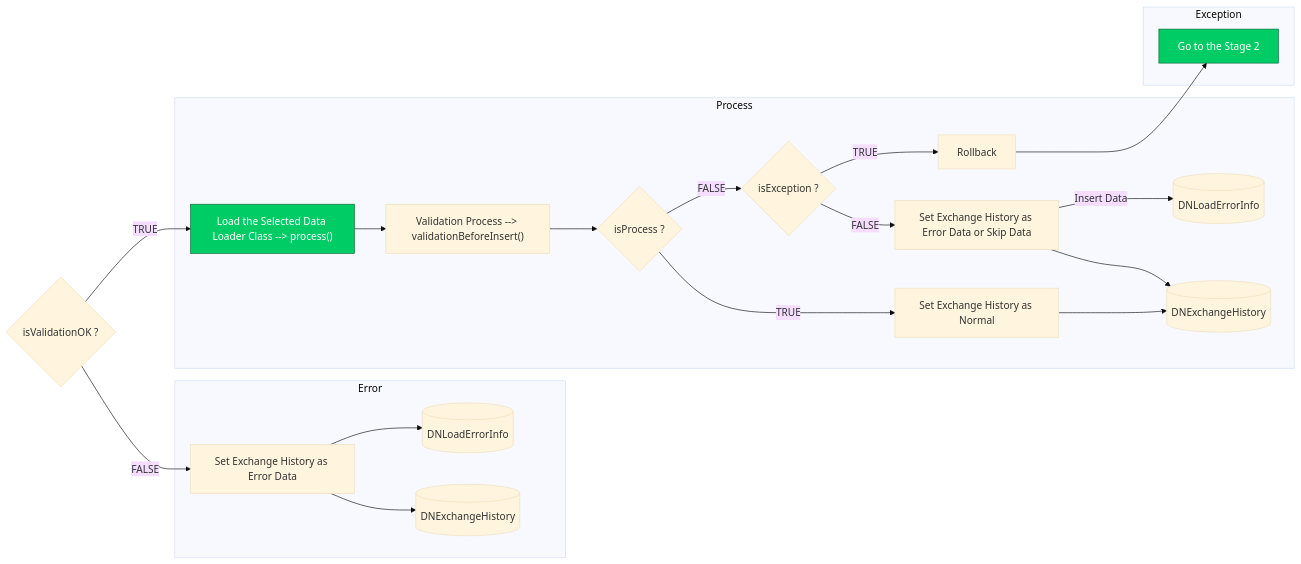
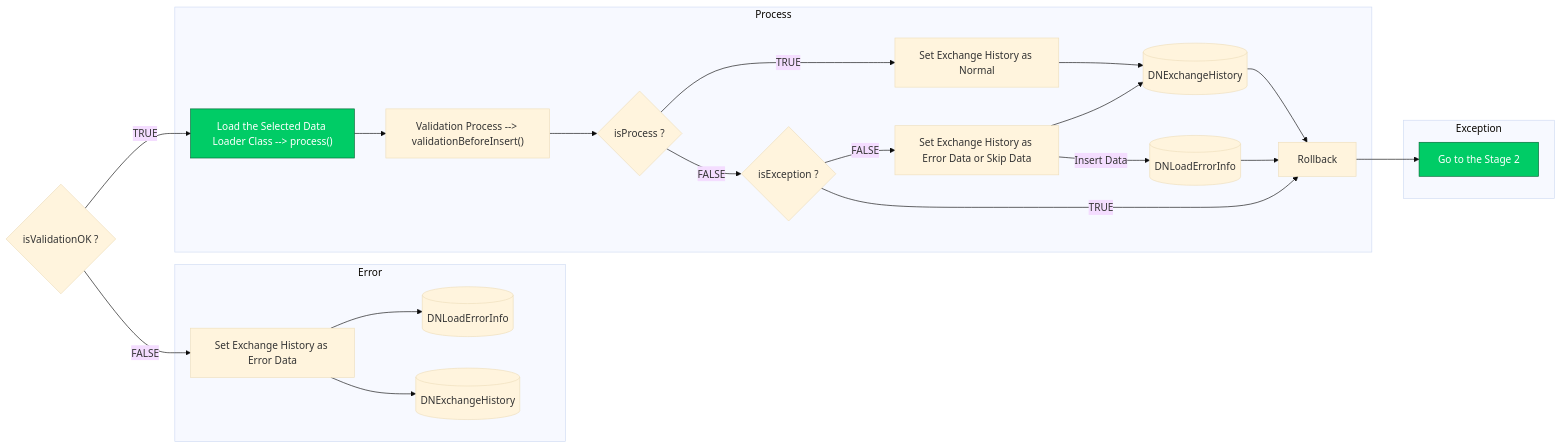
One commit to luthfiadityaa/SimeDarby-Wiki changed the ninth of 9 diagrams in Basic-Design/Host-Interfaces.md. Above: the diagram before and after it, drawn with Mermaid (base theme).

Commit message:
Updated Host Interfaces

```diff
--- a/Basic-Design/Host-Interfaces.md
+++ b/Basic-Design/Host-Interfaces.md
@@ -712,42 +712,42 @@
 ::: mermaid
 flowchart LR
 Cond1{"isValidationOK ?"}
 Cond1 --> |TRUE| B2
 Cond1 --> |FALSE| C2
 
 subgraph Error
  C2 --> C3 
  C2 --> C4
  C4[(DNExchangeHistory)]
  C3[(DNLoadErrorInfo)]
  C2["Set Exchange History as Error Data"] 
 end
 
 subgraph Process
  B2 --> B3 --> Cond2
  Cond2{"isProcess ?"}
  Cond3{"isException ?"}
  B2["Load the Selected Data Loader Class --> process()"]
  B3["Validation Process --> validationBeforeInsert()"]
  B4["Set Exchange History as Error Data or Skip Data"]
  B5["Set Exchange History as Normal"]
  B6[(DNLoadErrorInfo)]
  B7[(DNExchangeHistory)]
- Cond2 --> |TRUE| B5 --> B7 
+ Cond2 --> |TRUE| B5 --> B7 --> D2
  B4 --> B7
  Cond2 --> |FALSE| Cond3
- Cond3 --> |FALSE| B4 --> |Insert Data| B6
+ Cond3 --> |FALSE| B4 --> |Insert Data| B6 --> D2
  Cond3 --> |TRUE| D2
 end 
 
 subgraph Exception
  D2 --> D3 
  D2["Rollback"]
  D3["Go to the Stage 2"] 
 end
 
 click B2 "https://dev.azure.com/Daifuku-SW/ID_SimeDarbyPlantation/_wiki/wikis/ID_SimeDarbyPlantation.wiki/833/Host-Interfaces?anchor=stage-3"
 style B2 fill:#00cc66,stroke:#006633,color:#ffffff
 click D3 "https://dev.azure.com/Daifuku-SW/ID_SimeDarbyPlantation/_wiki/wikis/ID_SimeDarbyPlantation.wiki/833/Host-Interfaces?anchor=stage-2"
 style D3 fill:#00cc66,stroke:#006633,color:#ffffff
 :::
```
